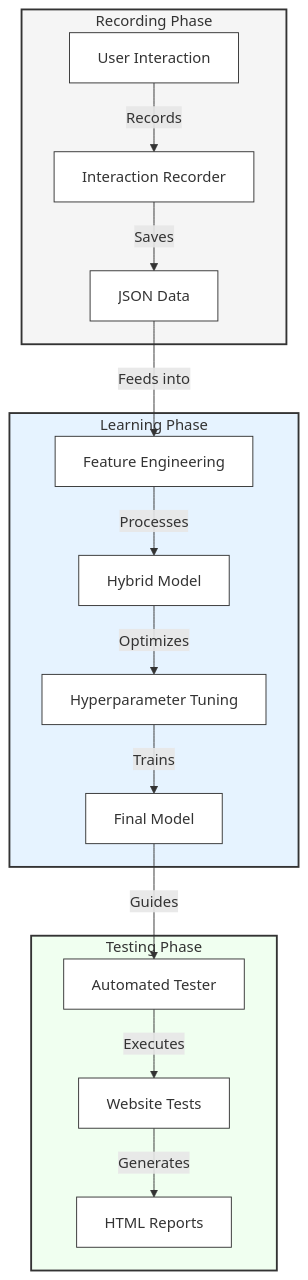
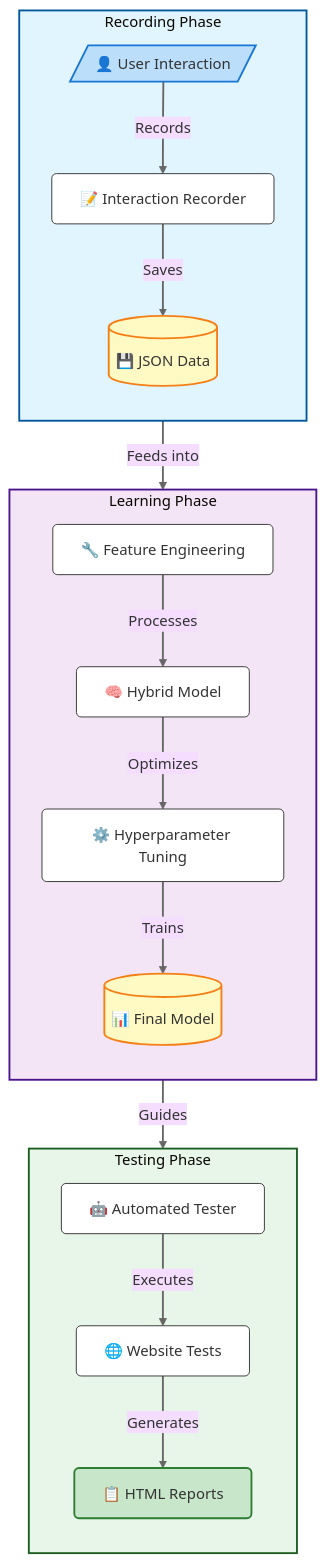
The diagram in README.md (TamalTanuDatta/AI-ARTEM), drawn with Mermaid before and after one commit.

Commit message:
docs: enhance workflow diagram readability
- Add emojis for better visual understanding
- Improve color scheme and contrast
- Add distinct node types and shapes
- Enhance overall diagram clarity

````diff
--- a/README.md
+++ b/README.md
@@ -11,25 +11,36 @@
 ```mermaid
+%%{init: { 'theme': 'base', 'themeVariables': { 'fontSize': '16px' } }}%%
 graph TB
-    subgraph Recording[Recording Phase]
-        A[User Interaction] -->|Records| B[Interaction Recorder]
-        B -->|Saves| C[JSON Data]
-        style Recording fill:#f5f5f5,stroke:#333,stroke-width:2px
+    subgraph Recording[" Recording Phase "]
+        direction TB
+        A[/"👤 User Interaction"/]:::input -->|Records| B["📝 Interaction Recorder"]
+        B -->|Saves| C[("💾 JSON Data")]:::data
+        style Recording fill:#e1f5fe,stroke:#01579b,stroke-width:2px
     end
-    subgraph Learning[Learning Phase]
-        C -->|Feeds into| D[Feature Engineering]
-        D -->|Processes| E[Hybrid Model]
-        E -->|Optimizes| F[Hyperparameter Tuning]
-        F -->|Trains| G[Final Model]
-        style Learning fill:#e6f3ff,stroke:#333,stroke-width:2px
+
+    subgraph Learning[" Learning Phase "]
+        direction TB
+        C -->|Feeds into| D["🔧 Feature Engineering"]
+        D -->|Processes| E["🧠 Hybrid Model"]
+        E -->|Optimizes| F["⚙️ Hyperparameter Tuning"]
+        F -->|Trains| G[("📊 Final Model")]:::data
+        style Learning fill:#f3e5f5,stroke:#4a148c,stroke-width:2px
     end
-    subgraph Testing[Testing Phase]
-        G -->|Guides| H[Automated Tester]
-        H -->|Executes| I[Website Tests]
-        I -->|Generates| J[HTML Reports]
-        style Testing fill:#f0fff0,stroke:#333,stroke-width:2px
+
+    subgraph Testing[" Testing Phase "]
+        direction TB
+        G -->|Guides| H["🤖 Automated Tester"]
+        H -->|Executes| I["🌐 Website Tests"]
+        I -->|Generates| J["📋 HTML Reports"]:::output
+        style Testing fill:#e8f5e9,stroke:#1b5e20,stroke-width:2px
     end
-    classDef default fill:#fff,stroke:#333,stroke-width:1px;
-    classDef phase fill:#f5f5f5,stroke:#333,stroke-width:2px;
-    class A,B,C,D,E,F,G,H,I,J default;
-    class Recording,Learning,Testing phase;
+
+    %% Node styles
+    classDef default fill:#fff,stroke:#333,stroke-width:1px,rx:5px,ry:5px
+    classDef input fill:#bbdefb,stroke:#1976d2,stroke-width:2px
+    classDef data fill:#fff9c4,stroke:#f57f17,stroke-width:2px
+    classDef output fill:#c8e6c9,stroke:#2e7d32,stroke-width:2px
+
+    %% Link styles
+    linkStyle default stroke:#666,stroke-width:2px
 ```
````
